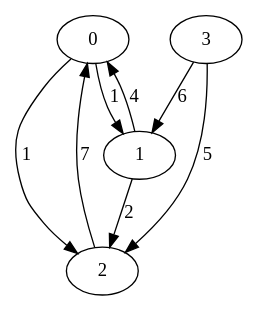
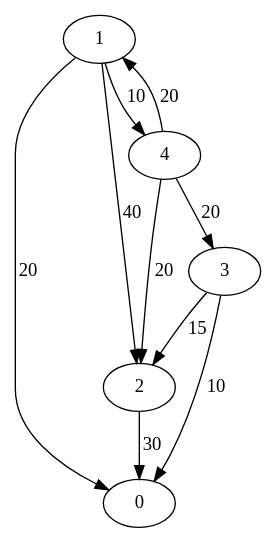
One commit to fionavatar/Op_Research_Projet_CUVILLIEZ_Fiona changed the diagram in graphes/graph_residual.gv. Above: the diagram before and after it, drawn with Graphviz. The commit also changed 23 other files, not shown here.

```diff
--- a/graphes/graph_residual.gv
+++ b/graphes/graph_residual.gv
@@ -1,9 +1,11 @@
 digraph graph_residual {
-	0 -> 1 [label=1]
-	0 -> 2 [label=1]
-	1 -> 0 [label=4]
-	1 -> 2 [label=2]
-	2 -> 0 [label=7]
-	3 -> 1 [label=6]
-	3 -> 2 [label=5]
+	1 -> 0 [label=20]
+	1 -> 2 [label=40]
+	1 -> 4 [label=10]
+	2 -> 0 [label=30]
+	3 -> 0 [label=10]
+	3 -> 2 [label=15]
+	4 -> 1 [label=20]
+	4 -> 2 [label=20]
+	4 -> 3 [label=20]
 }
```
